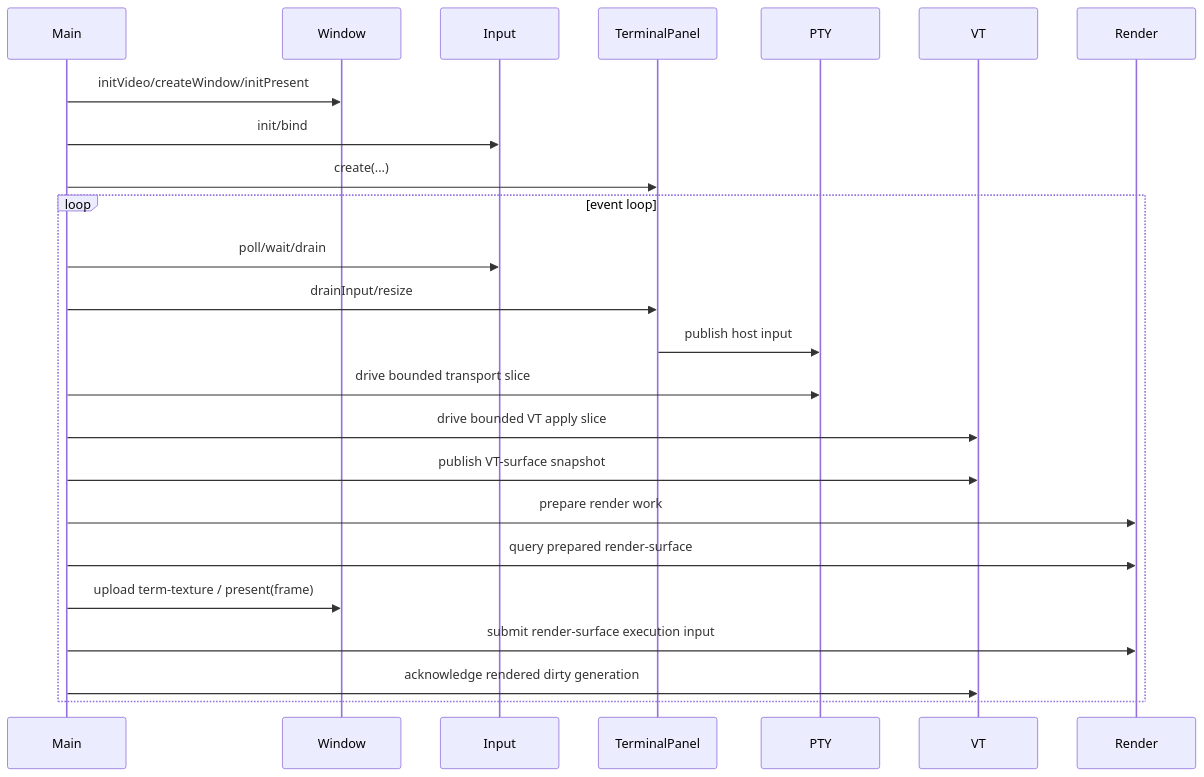
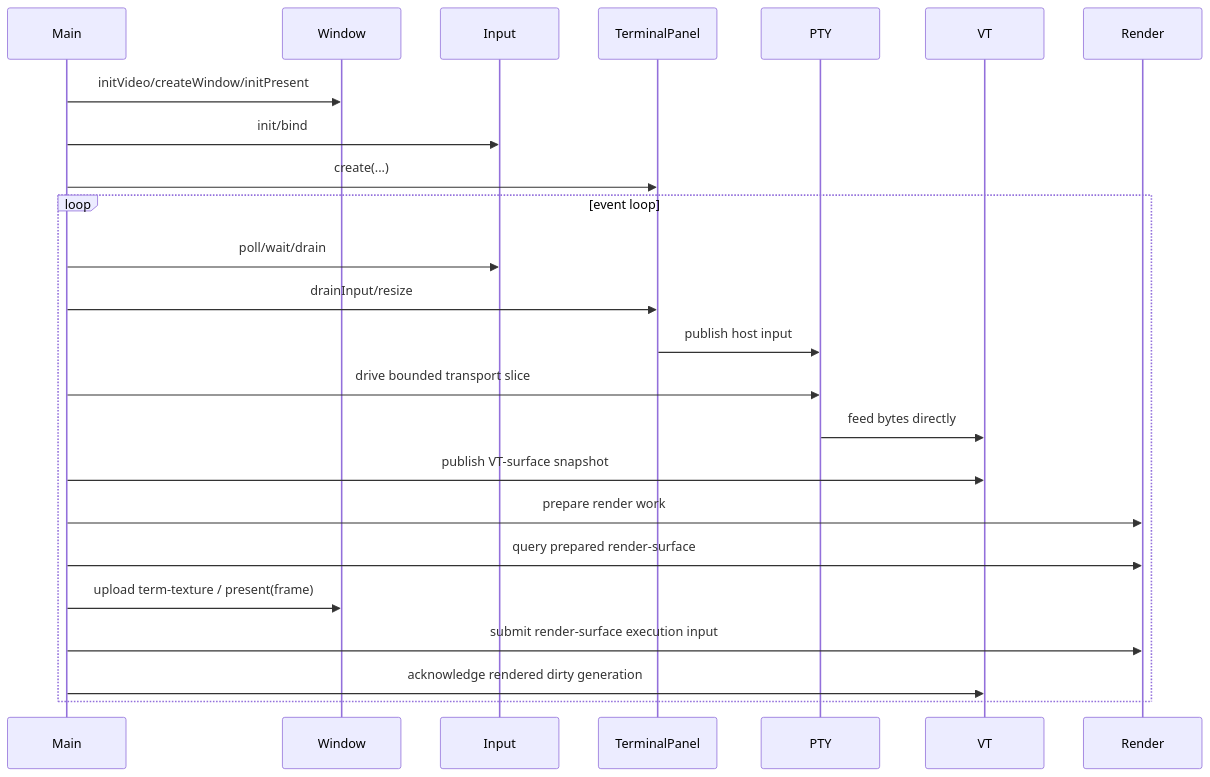
Before and after one commit to LaurenceGuws/howl-linux-host: the third of 3 diagrams in design.md, drawn with Mermaid. The commit also changed other lines of this file and 5 other files, not shown here.

Commit message:
host: feed vt directly

````diff
--- a/design.md
+++ b/design.md
@@ -79,27 +79,27 @@
 ```mermaid
 sequenceDiagram
     participant Main
     participant W as Window
     participant I as Input
     participant T as TerminalPanel
     participant P as PTY
     participant V as VT
     participant R as Render
 
     Main->>W: initVideo/createWindow/initPresent
     Main->>I: init/bind
     Main->>T: create(...)
     loop event loop
         Main->>I: poll/wait/drain
         Main->>T: drainInput/resize
         T->>P: publish host input
         Main->>P: drive bounded transport slice
-        Main->>V: drive bounded VT apply slice
+        P->>V: feed bytes directly
         Main->>V: publish VT-surface snapshot
         Main->>R: prepare render work
         Main->>R: query prepared render-surface
         Main->>W: upload term-texture / present(frame)
         Main->>R: submit render-surface execution input
         Main->>V: acknowledge rendered dirty generation
     end
 ```
````
